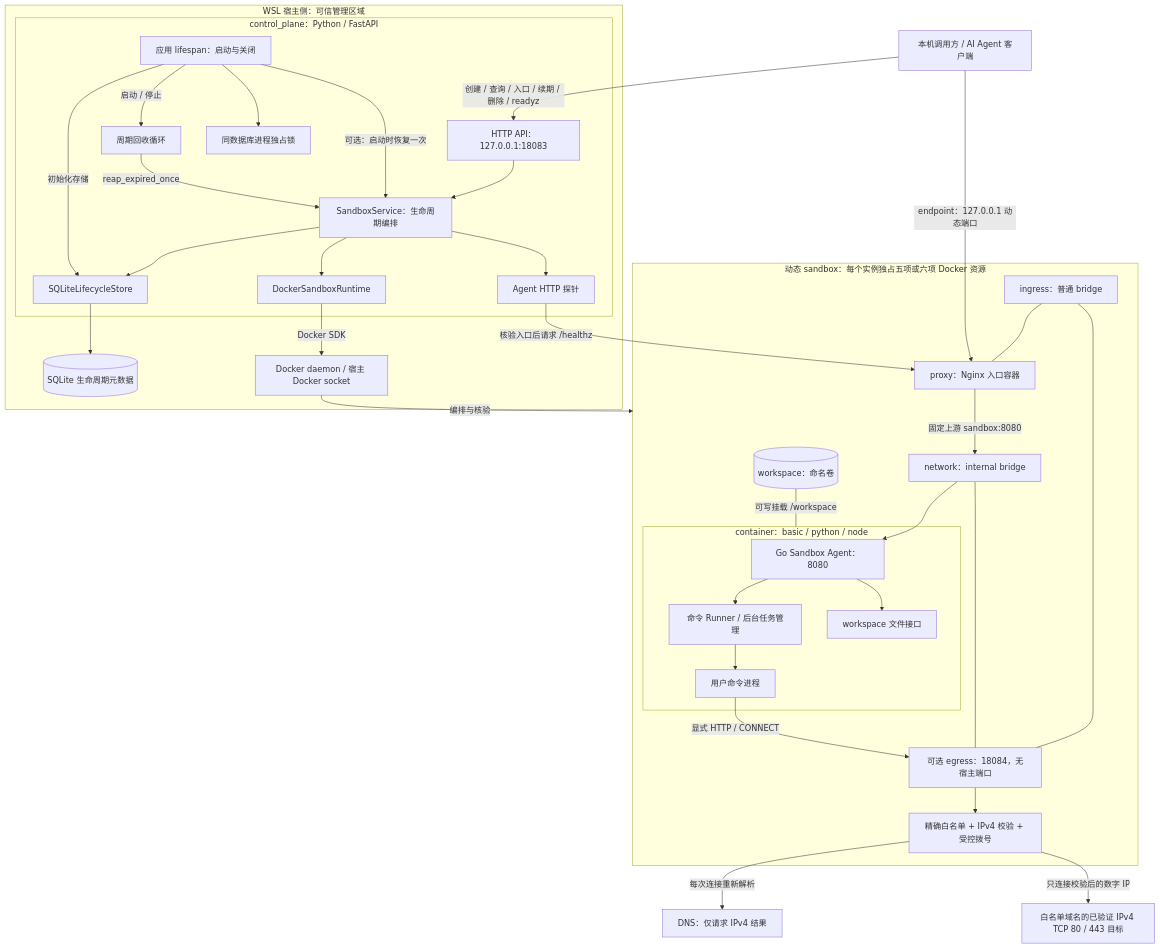
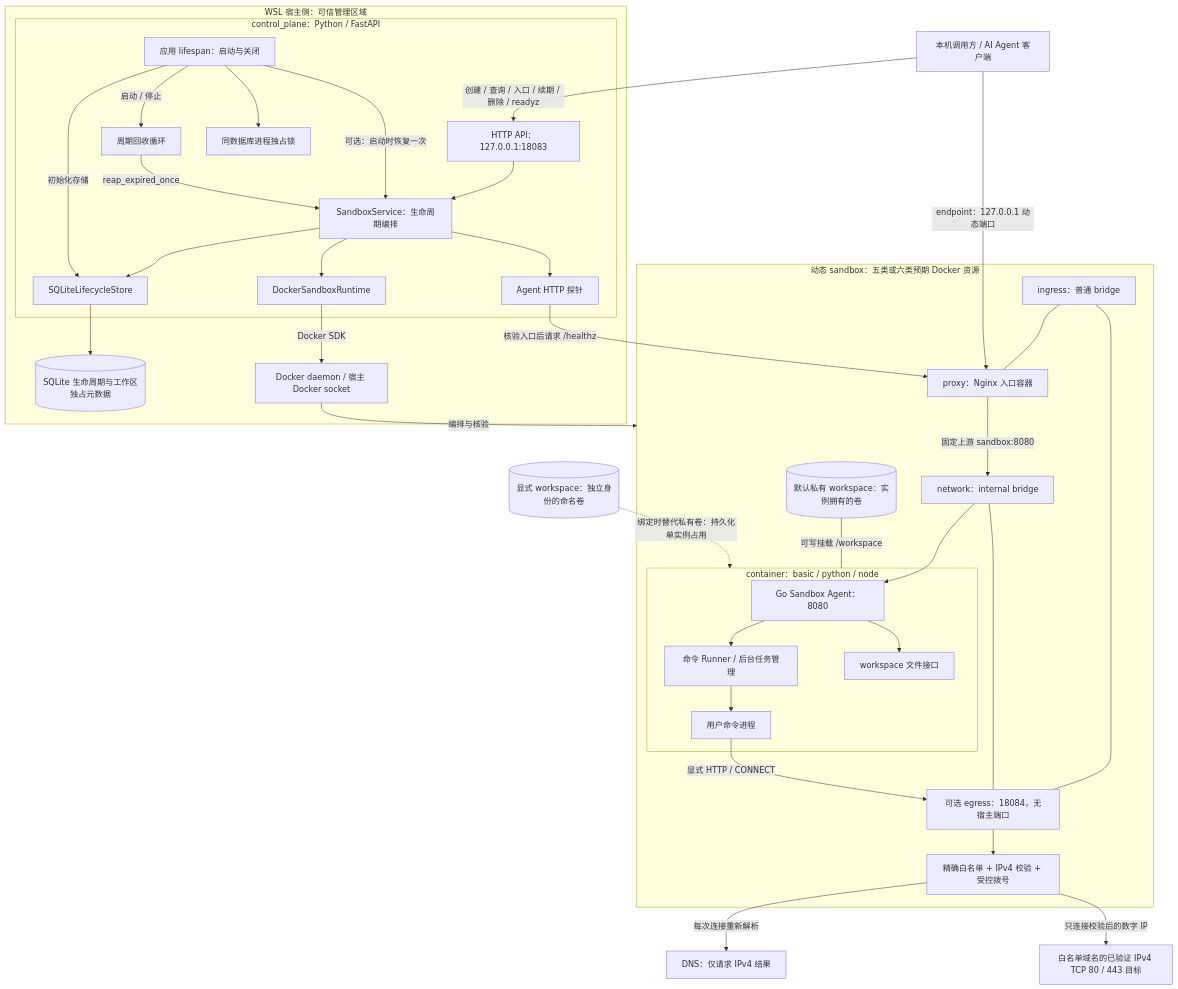
One commit to nico-hua/agent-sandbox changed the diagram in docs/ARCHITECTURE.md. Above: the diagram before and after it, drawn with Mermaid. The commit also changed other lines of this file and 25 other files, not shown here.

````diff
--- a/docs/ARCHITECTURE.md
+++ b/docs/ARCHITECTURE.md
@@ -16,65 +16,68 @@
 ```mermaid
 flowchart TB
     Client["本机调用方 / AI Agent 客户端"]
 
     subgraph Host["WSL 宿主侧：可信管理区域"]
         subgraph Control["control_plane：Python / FastAPI"]
             API["HTTP API：127.0.0.1:18083"]
             Service["SandboxService：生命周期编排"]
             Lifespan["应用 lifespan：启动与关闭"]
             Reaper["周期回收循环"]
             Store["SQLiteLifecycleStore"]
             Runtime["DockerSandboxRuntime"]
             Probe["Agent HTTP 探针"]
             Lock["同数据库进程独占锁"]
             API --> Service
             Service --> Store
             Service --> Runtime
             Service --> Probe
             Lifespan --> Lock
             Lifespan -->|"初始化存储"| Store
             Lifespan -->|"可选：启动时恢复一次"| Service
             Lifespan -->|"启动 / 停止"| Reaper
             Reaper -->|"reap_expired_once"| Service
         end
-        DB[("SQLite 生命周期元数据")]
+        DB[("SQLite 生命周期与工作区独占元数据")]
         Daemon["Docker daemon / 宿主 Docker socket"]
         Store --> DB
         Runtime -->|"Docker SDK"| Daemon
     end
 
-    subgraph Instance["动态 sandbox：每个实例独占五项或六项 Docker 资源"]
+    subgraph Instance["动态 sandbox：五类或六类预期 Docker 资源"]
         Ingress["ingress：普通 bridge"]
         Entry["proxy：Nginx 入口容器"]
         Internal["network：internal bridge"]
-        Workspace[("workspace：命名卷")]
+        Workspace[("默认私有 workspace：实例拥有的卷")]
         subgraph Sandbox["container：basic / python / node"]
             Agent["Go Sandbox Agent：8080"]
             Runner["命令 Runner / 后台任务管理"]
             Files["workspace 文件接口"]
             Process["用户命令进程"]
             Agent --> Runner
             Runner --> Process
             Agent --> Files
         end
         EgressServer["可选 egress：18084，无宿主端口"]
         Guard["精确白名单 + IPv4 校验 + 受控拨号"]
         Ingress --- EgressServer
         Internal --- EgressServer
         Process -->|"显式 HTTP / CONNECT"| EgressServer
         EgressServer --> Guard
         Ingress --- Entry
         Entry -->|"固定上游 sandbox:8080"| Internal
         Internal --> Agent
         Workspace ---|"可写挂载 /workspace"| Sandbox
     end
 
+    IndependentWorkspace[("显式 workspace：独立身份的命名卷")]
+    IndependentWorkspace -.->|"绑定时替代私有卷：持久化单实例占用"| Sandbox
+
     DNS["DNS：仅请求 IPv4 结果"]
     Target["白名单域名的已验证 IPv4 TCP 80 / 443 目标"]
     Client -->|"创建 / 查询 / 入口 / 续期 / 删除 / readyz"| API
     Client -->|"endpoint：127.0.0.1 动态端口"| Entry
     Probe -->|"核验入口后请求 /healthz"| Entry
     Daemon -->|"编排与核验"| Instance
     Guard -->|"每次连接重新解析"| DNS
     Guard -->|"只连接校验后的数字 IP"| Target
 ```
````
